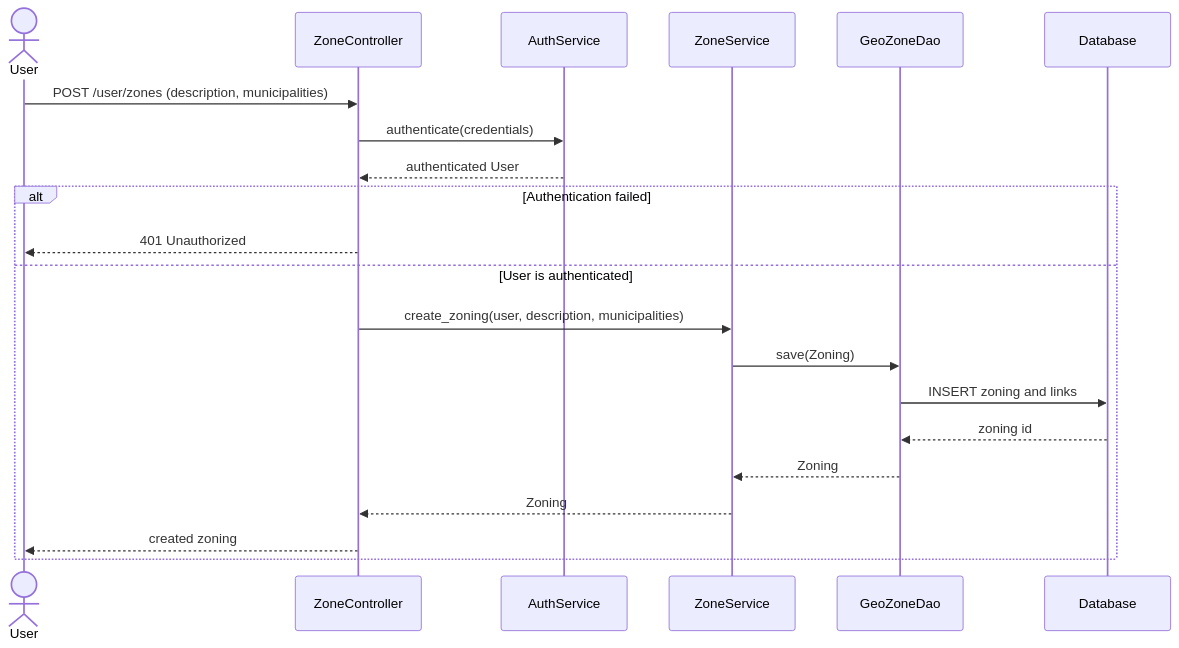
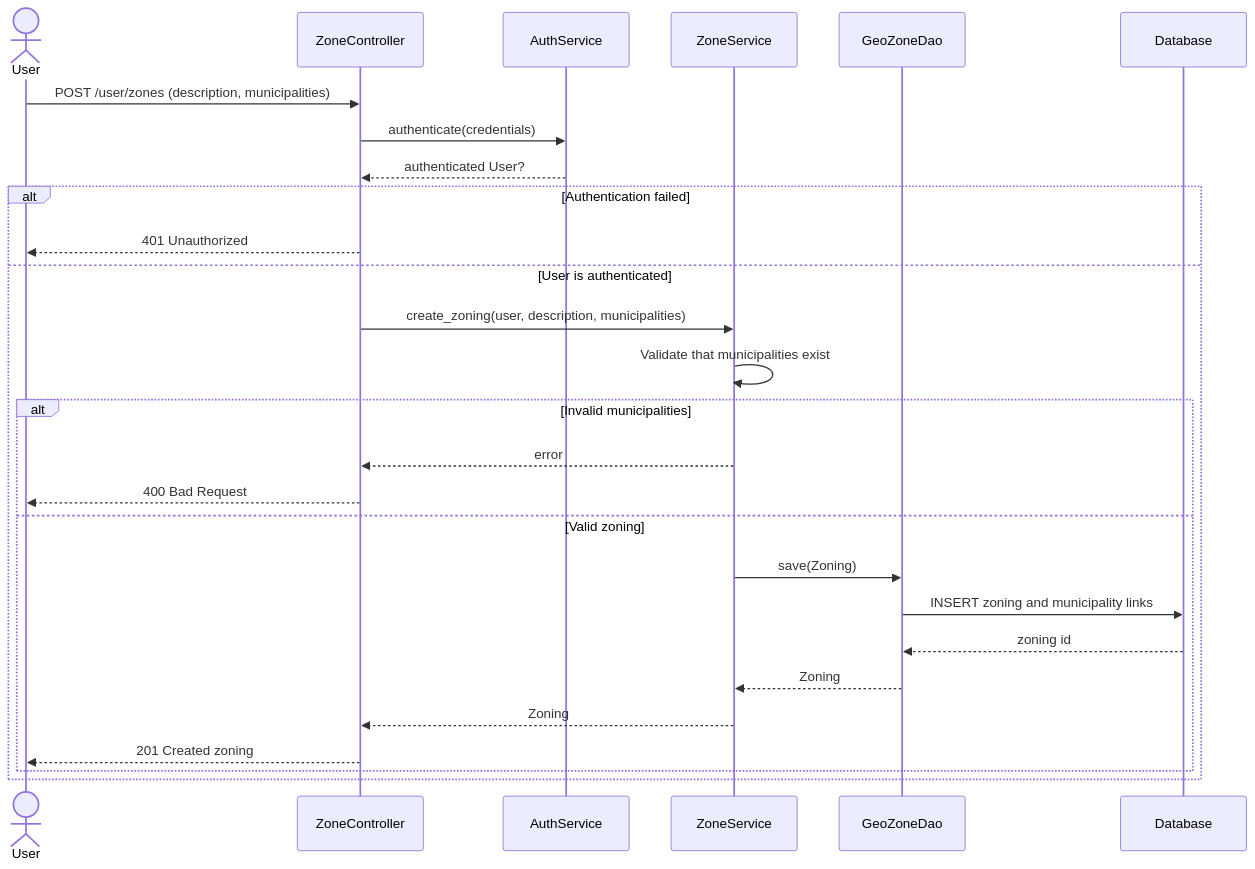
Before and after one commit to gabriel-dahan/ensai-it-project-2a-team12: the sixth of 8 diagrams in doc/sequence_diagram.md, drawn with Mermaid. The commit also changed other lines of this file and 3 other files, not shown here.

Commit message:
Added activity diagram / edited sequence diagram

````diff
--- a/doc/sequence_diagram.md
+++ b/doc/sequence_diagram.md
@@ -103,25 +251,31 @@
 ```mermaid
 sequenceDiagram
     actor User
     participant Controller as ZoneController
     participant AuthSvc as AuthService
     participant ZoneSvc as ZoneService
     participant ZoneDao as GeoZoneDao
     participant DB as Database
 
     User->>Controller: POST /user/zones (description, municipalities)
     Controller->>AuthSvc: authenticate(credentials)
-    AuthSvc-->>Controller: authenticated User
+    AuthSvc-->>Controller: authenticated User?
 
     alt Authentication failed
         Controller-->>User: 401 Unauthorized
     else User is authenticated
         Controller->>ZoneSvc: create_zoning(user, description, municipalities)
-        ZoneSvc->>ZoneDao: save(Zoning)
-        ZoneDao->>DB: INSERT zoning and links
-        DB-->>ZoneDao: zoning id
-        ZoneDao-->>ZoneSvc: Zoning
-        ZoneSvc-->>Controller: Zoning
-        Controller-->>User: created zoning
+        ZoneSvc->>ZoneSvc: Validate that municipalities exist
+        alt Invalid municipalities
+            ZoneSvc-->>Controller: error
+            Controller-->>User: 400 Bad Request
+        else Valid zoning
+            ZoneSvc->>ZoneDao: save(Zoning)
+            ZoneDao->>DB: INSERT zoning and municipality links
+            DB-->>ZoneDao: zoning id
+            ZoneDao-->>ZoneSvc: Zoning
+            ZoneSvc-->>Controller: Zoning
+            Controller-->>User: 201 Created zoning
+        end
     end
 ```
````
